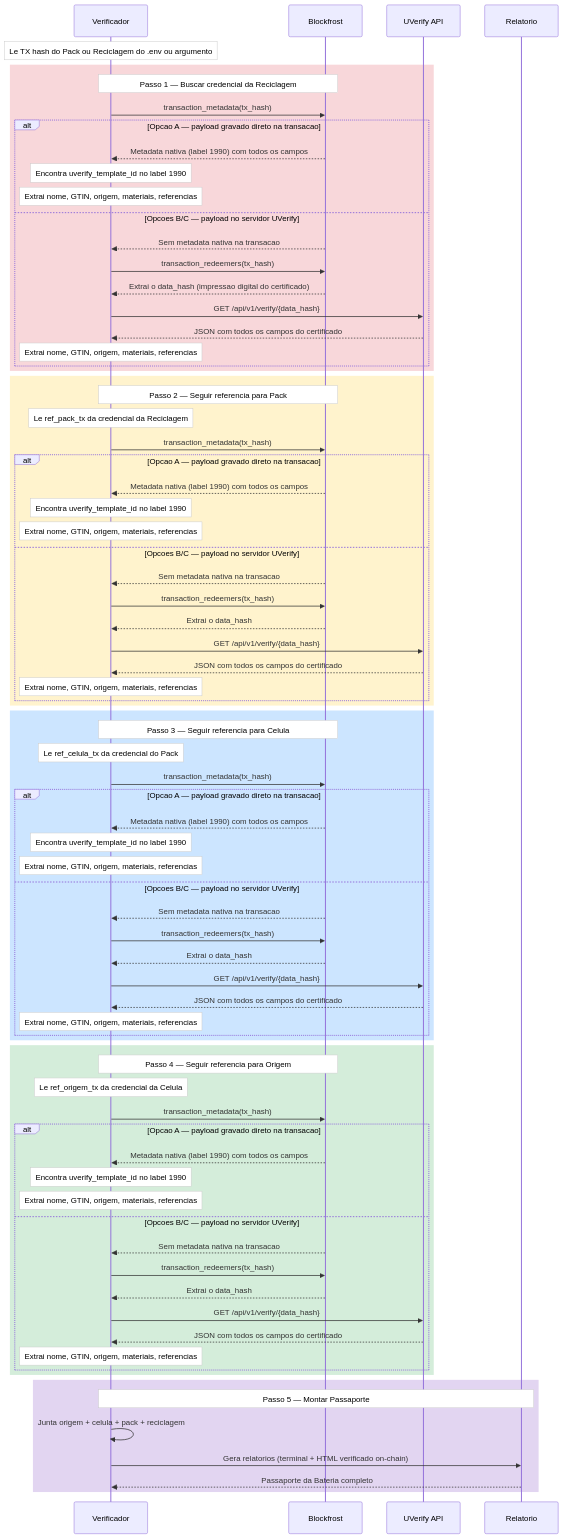
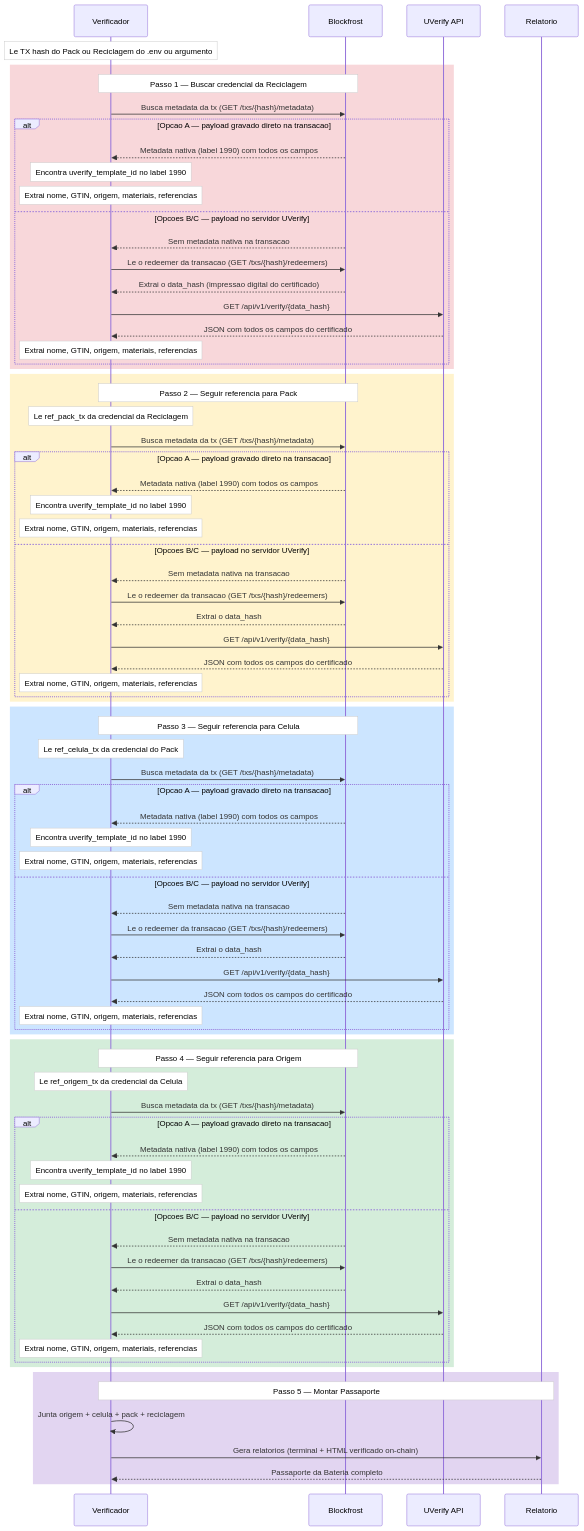
One commit to darlisagc/cardano-battery-passport changed the fifth of 6 diagrams in arquitetura-dpp.md. Above: the diagram before and after it, drawn with Mermaid.

Commit message:
Show Blockfrost GET endpoints alongside readable text in diagram

```diff
--- a/arquitetura-dpp.md
+++ b/arquitetura-dpp.md
@@ -303,14 +303,14 @@
 
     rect rgb(248, 215, 218)
     Note over V,BF: Passo 1 — Buscar credencial da Reciclagem
-    V->>BF: transaction_metadata(tx_hash)
+    V->>BF: Busca metadata da tx (GET /txs/{hash}/metadata)
     alt Opcao A — payload gravado direto na transacao
         BF-->>V: Metadata nativa (label 1990) com todos os campos
         Note over V: Encontra uverify_template_id no label 1990
         Note over V: Extrai nome, GTIN, origem, materiais, referencias
     else Opcoes B/C — payload no servidor UVerify
         BF-->>V: Sem metadata nativa na transacao
-        V->>BF: transaction_redeemers(tx_hash)
+        V->>BF: Le o redeemer da transacao (GET /txs/{hash}/redeemers)
         BF-->>V: Extrai o data_hash (impressao digital do certificado)
         V->>UV: GET /api/v1/verify/{data_hash}
         UV-->>V: JSON com todos os campos do certificado
@@ -321,14 +321,14 @@
     rect rgb(255, 243, 205)
     Note over V,BF: Passo 2 — Seguir referencia para Pack
     Note over V: Le ref_pack_tx da credencial da Reciclagem
-    V->>BF: transaction_metadata(tx_hash)
+    V->>BF: Busca metadata da tx (GET /txs/{hash}/metadata)
     alt Opcao A — payload gravado direto na transacao
         BF-->>V: Metadata nativa (label 1990) com todos os campos
         Note over V: Encontra uverify_template_id no label 1990
         Note over V: Extrai nome, GTIN, origem, materiais, referencias
     else Opcoes B/C — payload no servidor UVerify
         BF-->>V: Sem metadata nativa na transacao
-        V->>BF: transaction_redeemers(tx_hash)
+        V->>BF: Le o redeemer da transacao (GET /txs/{hash}/redeemers)
         BF-->>V: Extrai o data_hash
         V->>UV: GET /api/v1/verify/{data_hash}
         UV-->>V: JSON com todos os campos do certificado
@@ -339,14 +339,14 @@
     rect rgb(204, 229, 255)
     Note over V,BF: Passo 3 — Seguir referencia para Celula
     Note over V: Le ref_celula_tx da credencial do Pack
-    V->>BF: transaction_metadata(tx_hash)
+    V->>BF: Busca metadata da tx (GET /txs/{hash}/metadata)
     alt Opcao A — payload gravado direto na transacao
         BF-->>V: Metadata nativa (label 1990) com todos os campos
         Note over V: Encontra uverify_template_id no label 1990
         Note over V: Extrai nome, GTIN, origem, materiais, referencias
     else Opcoes B/C — payload no servidor UVerify
         BF-->>V: Sem metadata nativa na transacao
-        V->>BF: transaction_redeemers(tx_hash)
+        V->>BF: Le o redeemer da transacao (GET /txs/{hash}/redeemers)
         BF-->>V: Extrai o data_hash
         V->>UV: GET /api/v1/verify/{data_hash}
         UV-->>V: JSON com todos os campos do certificado
@@ -357,14 +357,14 @@
     rect rgb(212, 237, 218)
     Note over V,BF: Passo 4 — Seguir referencia para Origem
     Note over V: Le ref_origem_tx da credencial da Celula
-    V->>BF: transaction_metadata(tx_hash)
+    V->>BF: Busca metadata da tx (GET /txs/{hash}/metadata)
     alt Opcao A — payload gravado direto na transacao
         BF-->>V: Metadata nativa (label 1990) com todos os campos
         Note over V: Encontra uverify_template_id no label 1990
         Note over V: Extrai nome, GTIN, origem, materiais, referencias
     else Opcoes B/C — payload no servidor UVerify
         BF-->>V: Sem metadata nativa na transacao
-        V->>BF: transaction_redeemers(tx_hash)
+        V->>BF: Le o redeemer da transacao (GET /txs/{hash}/redeemers)
         BF-->>V: Extrai o data_hash
         V->>UV: GET /api/v1/verify/{data_hash}
         UV-->>V: JSON com todos os campos do certificado
```
